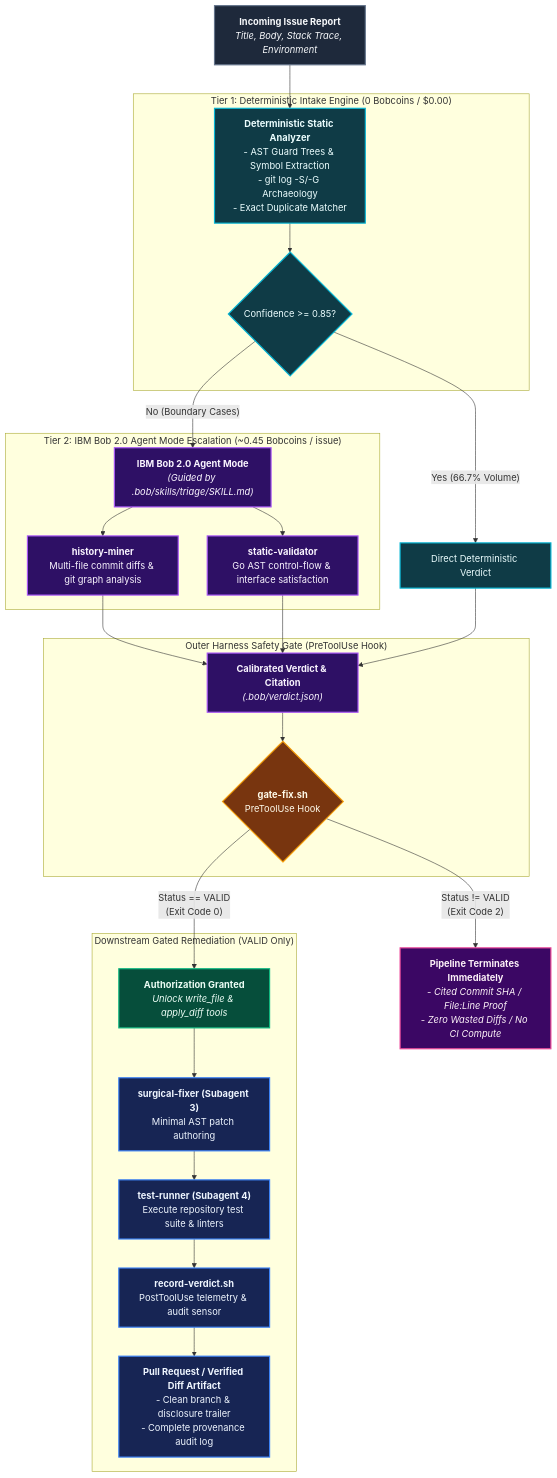
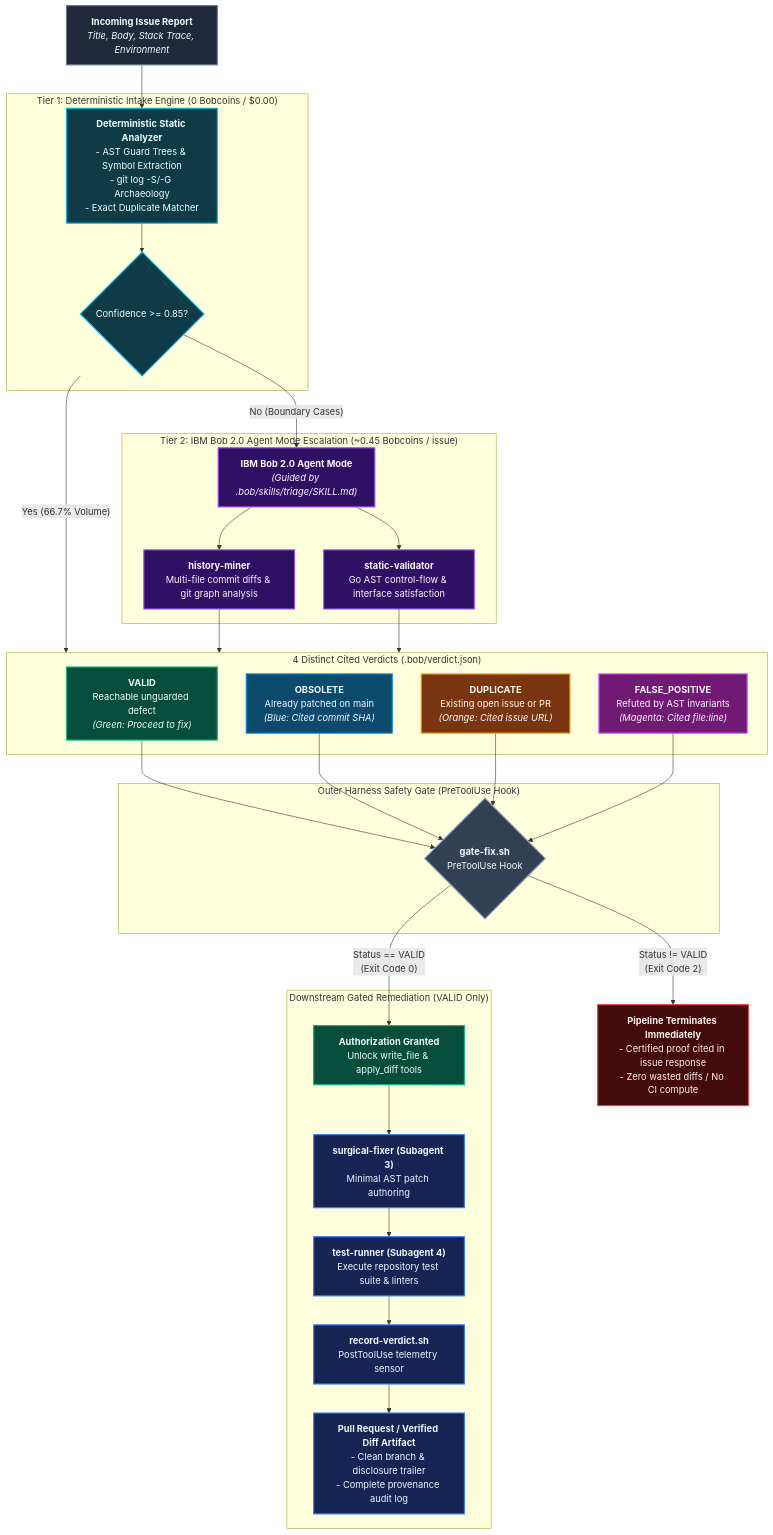
The diagram in README.md (Labreo/Netrani), drawn with Mermaid before and after one commit.

Commit message:
docs: add 4 distinct colored verdicts to Mermaid architecture diagram

````diff
--- a/README.md
+++ b/README.md
@@ -59,49 +59,63 @@
 ```mermaid
 flowchart TD
     classDef input fill:#1e293b,stroke:#64748b,stroke-width:2px,color:#f8fafc;
     classDef tier1 fill:#0f3b46,stroke:#06b6d4,stroke-width:2px,color:#ecfeff;
     classDef tier2 fill:#2e1065,stroke:#a855f7,stroke-width:2px,color:#faf5ff;
-    classDef gate fill:#78350f,stroke:#f59e0b,stroke-width:2px,color:#fffbeb;
-    classDef valid fill:#064e3b,stroke:#10b981,stroke-width:2px,color:#ecfdf5;
-    classDef nonvalid fill:#3b0764,stroke:#ec4899,stroke-width:2px,color:#fdf2f8;
+    classDef gate fill:#334155,stroke:#94a3b8,stroke-width:2px,color:#f8fafc;
+    
+    classDef vValid fill:#064e3b,stroke:#10b981,stroke-width:2px,color:#ecfdf5;
+    classDef vObsolete fill:#0c4a6e,stroke:#0284c7,stroke-width:2px,color:#f0f9ff;
+    classDef vDuplicate fill:#78350f,stroke:#f59e0b,stroke-width:2px,color:#fffbeb;
+    classDef vFalsePos fill:#701a75,stroke:#d946ef,stroke-width:2px,color:#fdf4ff;
+    
+    classDef terminate fill:#450a0a,stroke:#ef4444,stroke-width:2px,color:#fef2f2;
     classDef action fill:#172554,stroke:#3b82f6,stroke-width:2px,color:#eff6ff;
 
     ISSUE["<b>Incoming Issue Report</b><br/><i>Title, Body, Stack Trace, Environment</i>"]:::input --> TIER1
 
     subgraph S_TIER1 ["Tier 1: Deterministic Intake Engine (0 Bobcoins / $0.00)"]
         TIER1["<b>Deterministic Static Analyzer</b><br/>- AST Guard Trees & Symbol Extraction<br/>- git log -S/-G Archaeology<br/>- Exact Duplicate Matcher"]:::tier1
         CONF{"Confidence >= 0.85?"}:::tier1
         TIER1 --> CONF
     end
 
     subgraph S_TIER2 ["Tier 2: IBM Bob 2.0 Agent Mode Escalation (~0.45 Bobcoins / issue)"]
         BOB_ORCH["<b>IBM Bob 2.0 Agent Mode</b><br/><i>(Guided by .bob/skills/triage/SKILL.md)</i>"]:::tier2
         HM["<b>history-miner</b><br/>Multi-file commit diffs & git graph analysis"]:::tier2
         SV["<b>static-validator</b><br/>Go AST control-flow & interface satisfaction"]:::tier2
         BOB_ORCH --> HM & SV
     end
 
-    CONF -- "Yes (66.7% Volume)" --> FAST_VERDICT["Direct Deterministic Verdict"]:::tier1
+    CONF -- "Yes (66.7% Volume)" --> S_VERDICTS
     CONF -- "No (Boundary Cases)" --> BOB_ORCH
+    HM & SV --> S_VERDICTS
 
-    HM & SV --> HYBRID_VERDICT["<b>Calibrated Verdict & Citation</b><br/><i>(.bob/verdict.json)</i>"]:::tier2
-    FAST_VERDICT --> HYBRID_VERDICT
+    subgraph S_VERDICTS ["4 Distinct Cited Verdicts (.bob/verdict.json)"]
+        V_VALID["<b>VALID</b><br/>Reachable unguarded defect<br/><i>(Green: Proceed to fix)</i>"]:::vValid
+        V_OBSOLETE["<b>OBSOLETE</b><br/>Already patched on main<br/><i>(Blue: Cited commit SHA)</i>"]:::vObsolete
+        V_DUPLICATE["<b>DUPLICATE</b><br/>Existing open issue or PR<br/><i>(Orange: Cited issue URL)</i>"]:::vDuplicate
+        V_FALSE_POS["<b>FALSE_POSITIVE</b><br/>Refuted by AST invariants<br/><i>(Magenta: Cited file:line)</i>"]:::vFalsePos
+    end
 
     subgraph S_GATE ["Outer Harness Safety Gate (PreToolUse Hook)"]
         GATE{"<b>gate-fix.sh</b><br/>PreToolUse Hook"}:::gate
-        HYBRID_VERDICT --> GATE
     end
 
-    GATE -- "Status != VALID<br/>(Exit Code 2)" --> TERMINATE["<b>Pipeline Terminates Immediately</b><br/><i>- Cited Commit SHA / File:Line Proof<br/>- Zero Wasted Diffs / No CI Compute</i>"]:::nonvalid
+    V_VALID --> GATE
+    V_OBSOLETE --> GATE
+    V_DUPLICATE --> GATE
+    V_FALSE_POS --> GATE
 
-    GATE -- "Status == VALID<br/>(Exit Code 0)" --> ALLOW["<b>Authorization Granted</b><br/><i>Unlock write_file & apply_diff tools</i>"]:::valid
+    GATE -- "Status != VALID<br/>(Exit Code 2)" --> TERMINATE["<b>Pipeline Terminates Immediately</b><br/>- Certified proof cited in issue response<br/>- Zero wasted diffs / No CI compute"]:::terminate
+
+    GATE -- "Status == VALID<br/>(Exit Code 0)" --> ALLOW["<b>Authorization Granted</b><br/>Unlock write_file & apply_diff tools"]:::vValid
 
     subgraph S_GATED ["Downstream Gated Remediation (VALID Only)"]
         FIXER["<b>surgical-fixer (Subagent 3)</b><br/>Minimal AST patch authoring"]:::action
         RUNNER["<b>test-runner (Subagent 4)</b><br/>Execute repository test suite & linters"]:::action
-        AUDIT["<b>record-verdict.sh</b><br/>PostToolUse telemetry & audit sensor"]:::action
+        AUDIT["<b>record-verdict.sh</b><br/>PostToolUse telemetry sensor"]:::action
         PR["<b>Pull Request / Verified Diff Artifact</b><br/>- Clean branch & disclosure trailer<br/>- Complete provenance audit log"]:::action
 
         ALLOW --> FIXER --> RUNNER --> AUDIT --> PR
     end
 ```
````
